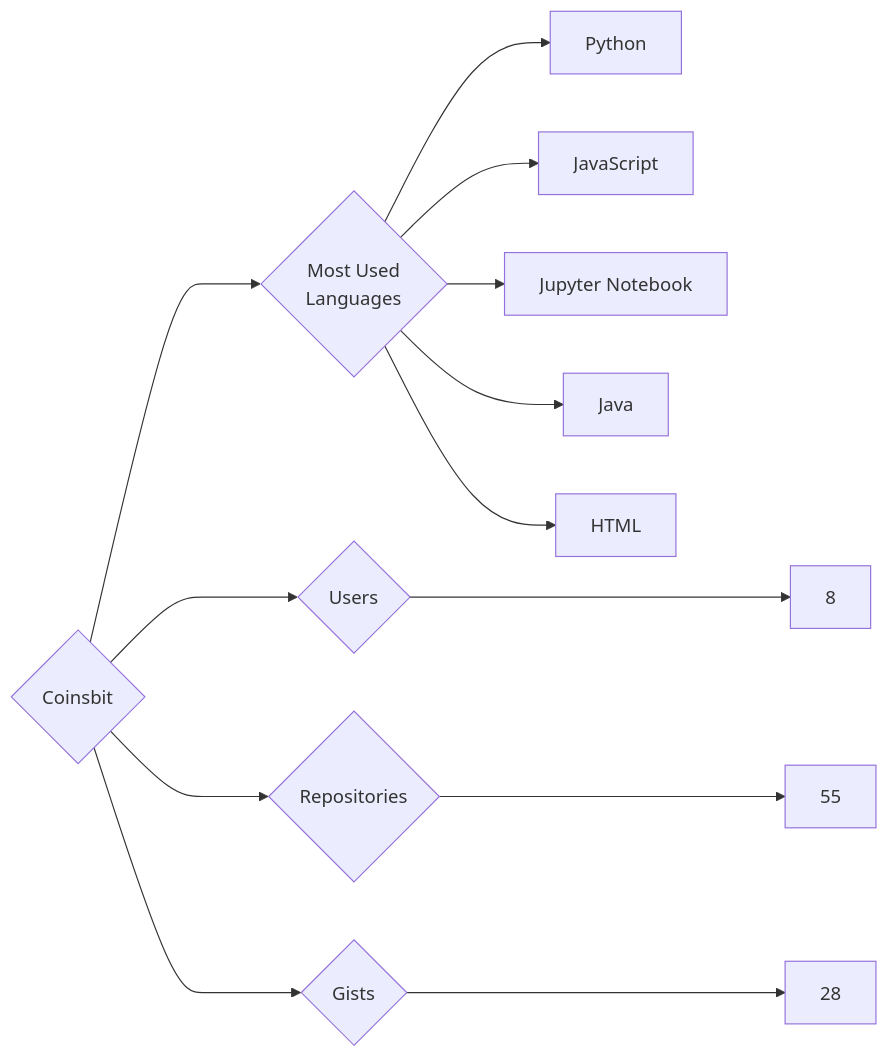
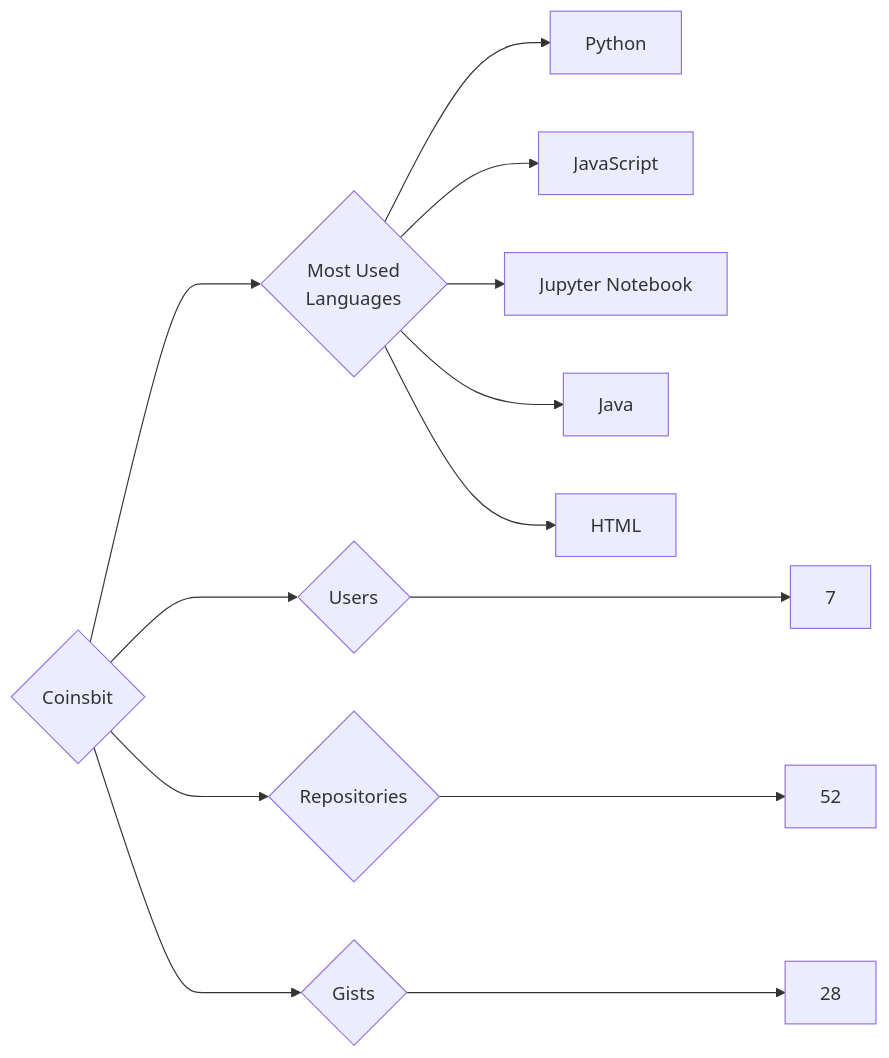
One commit to trickest/insiders changed the diagram in targets/Coinsbit/README.md. Above: the diagram before and after it, drawn with Mermaid. The commit also changed 1120 other files, not shown here.

````diff
--- a/targets/Coinsbit/README.md
+++ b/targets/Coinsbit/README.md
@@ -3,13 +3,13 @@
 ```mermaid
 graph LR
 COMPANY_NAME{Coinsbit}
-COMPANY_NAME ---> U{Users} ---> UN[8]
-COMPANY_NAME ---> R{Repositories} ---> RN[55]
+COMPANY_NAME ---> U{Users} ---> UN[7]
+COMPANY_NAME ---> R{Repositories} ---> RN[52]
 COMPANY_NAME ---> G{Gists} ---> GN[28]
 COMPANY_NAME ---> ML{Most Used<br>Languages}
 ML --> Python[Python]
 ML --> JavaScript[JavaScript]
 ML --> Jupyter_Notebook[Jupyter Notebook]
 ML --> Java[Java]
 ML --> HTML[HTML]
 ```
````
